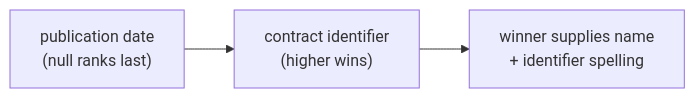
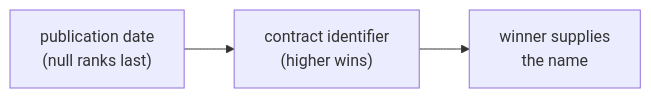
Before and after one commit to earelin/conxugal: the second of 3 diagrams in docs/features/FEAT-0010-operadores-economicos-base/README.md, drawn with Mermaid. The commit also changed other lines of this file and 10 other files, not shown here.

````diff
--- a/docs/features/FEAT-0010-operadores-economicos-base/README.md
+++ b/docs/features/FEAT-0010-operadores-economicos-base/README.md
@@ -166,4 +167,4 @@
 ```mermaid
 flowchart LR
-    a["publication date<br/>(null ranks last)"] --> b["contract identifier<br/>(higher wins)"] --> c["winner supplies name<br/>+ identifier spelling"]
+    a["publication date<br/>(null ranks last)"] --> b["contract identifier<br/>(higher wins)"] --> c["winner supplies<br/>the name"]
 ```
````
